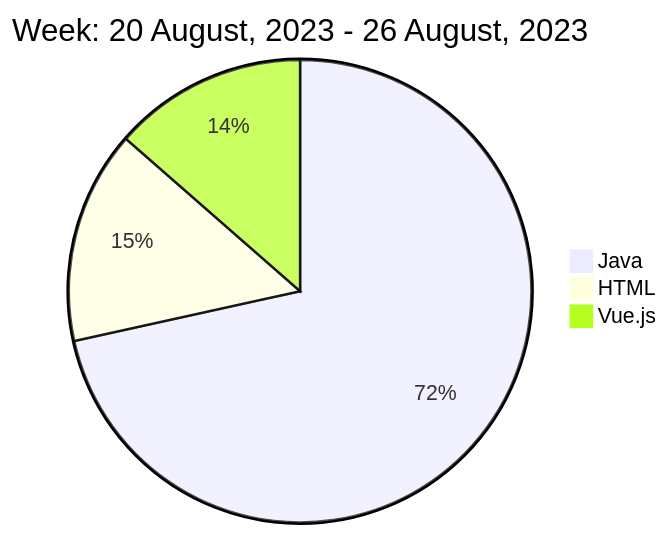
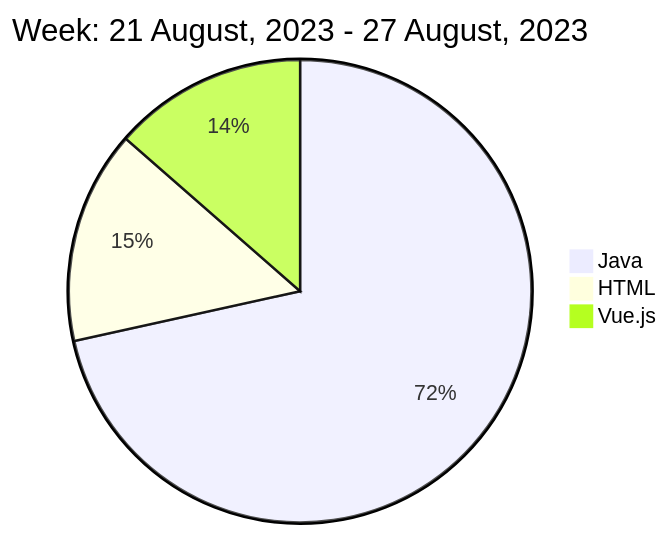
The diagram in README.md (liubin95/liubin95), drawn with Mermaid before and after one commit.

Commit message:
Updated the Graph with new Metrics

````diff
--- a/README.md
+++ b/README.md
@@ -40,7 +40,7 @@
 ```mermaid
  pie
-title Week: 20 August, 2023 - 26 August, 2023
+title Week: 21 August, 2023 - 27 August, 2023
  "Java" : 8.02
  "HTML" : 1.67
  "Vue.js" : 1.52
 ```
````
